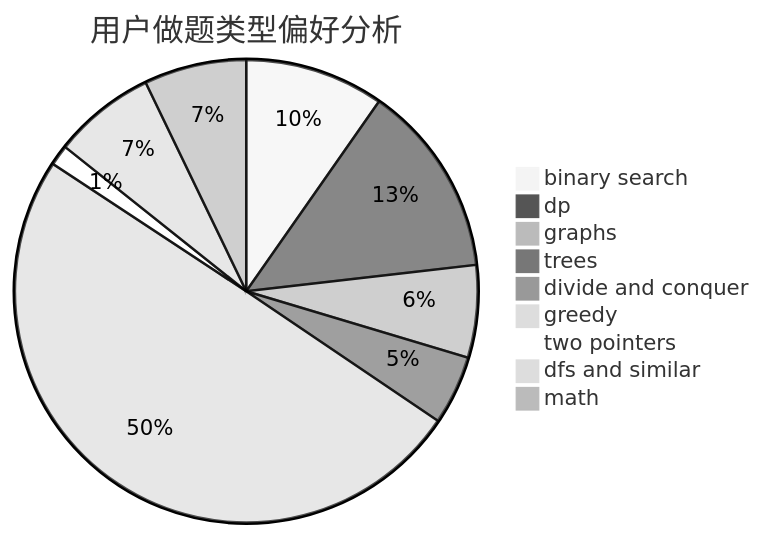
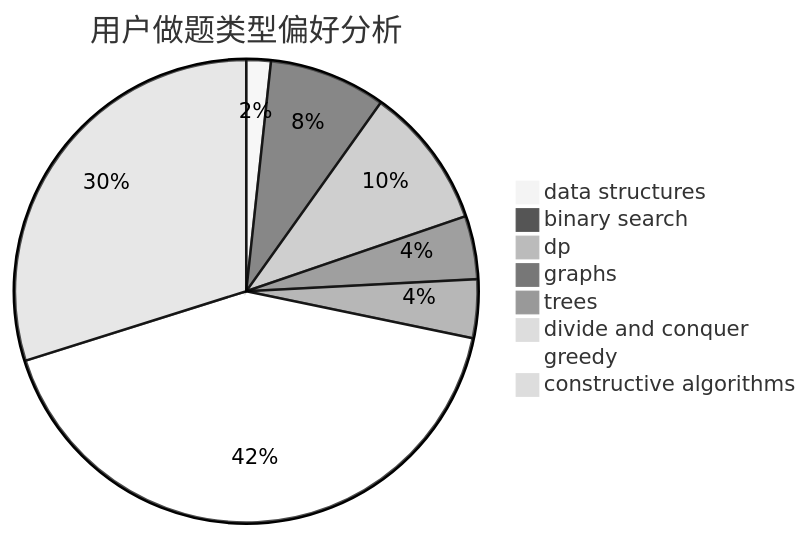
Before and after one commit to sherpahu/cfrs.github.io: the second of 3 diagrams in docs/user/u1017.md, drawn with Mermaid (neutral theme). The commit also changed other lines of this file and 2775 other files, not shown here.

````diff
--- a/docs/user/u1017.md
+++ b/docs/user/u1017.md
@@ -23,12 +23,11 @@
 ```mermaid
 pie title 用户做题类型偏好分析
-    "binary search" :  223
-    "dp" :  309
-    "graphs" :  148
-    "trees" :  111
-    "divide and conquer" :  10
-    "greedy" :  1143
-    "two pointers" :  33
-    "dfs and similar" :  164
-    "math" :  164
+    "data structures" :  43
+    "binary search" :  205
+    "dp" :  249
+    "graphs" :  111
+    "trees" :  103
+    "divide and conquer" :  0
+    "greedy" :  1054
+    "constructive algorithms" :  751
 ```
````
